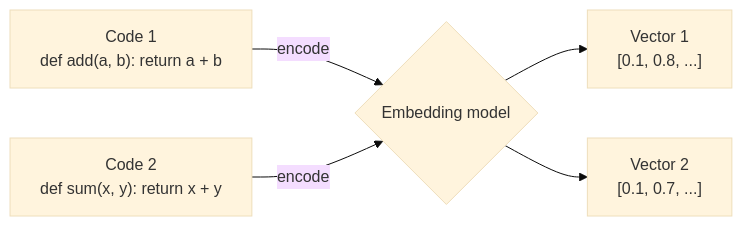
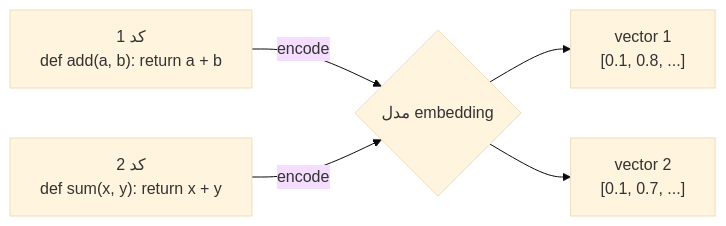
One commit to lokumai/ai-engineering-bazaar changed the second of 5 diagrams in mini-courses/1_fundamentals/rag_fa.md. Above: the diagram before and after it, drawn with Mermaid (base theme). The commit also changed other lines of this file and 63 other files, not shown here.

````diff
--- a/mini-courses/1_fundamentals/rag_fa.md
+++ b/mini-courses/1_fundamentals/rag_fa.md
@@ -72,7 +68,7 @@
 ```mermaid
 graph LR
-    A["Code 1<br/>def add(a, b): return a + b"] -->|encode| M{Embedding model}
-    B["Code 2<br/>def sum(x, y): return x + y"] -->|encode| M
-    M --> V1["Vector 1<br/>[0.1, 0.8, ...]"]
-    M --> V2["Vector 2<br/>[0.1, 0.7, ...]"]
+    A["کد 1<br/>def add(a, b): return a + b"] -->|encode| M{مدل embedding}
+    B["کد 2<br/>def sum(x, y): return x + y"] -->|encode| M
+    M --> V1["vector 1<br/>[0.1, 0.8, ...]"]
+    M --> V2["vector 2<br/>[0.1, 0.7, ...]"]
 ```
````
